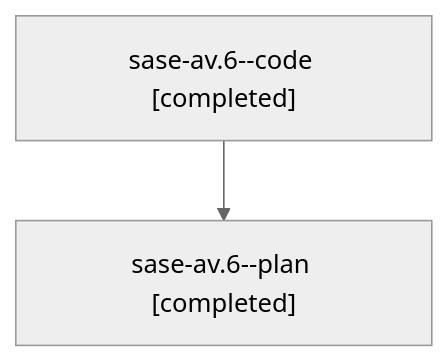
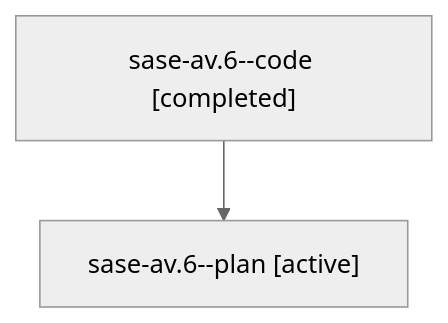
Before and after one commit to sase-org/sase--agents: the diagram in families/bbugyi200.athena.sase-av.6.md, drawn with Mermaid (neutral theme). The commit also changed other lines of this file and 5813 other files, not shown here.

````diff
--- a/families/bbugyi200.athena.sase-av.6.md
+++ b/families/bbugyi200.athena.sase-av.6.md
@@ -9,6 +9,6 @@
 ```mermaid
 flowchart TD
   n0["sase-av.6--code [completed]"]
-  n1["sase-av.6--plan [completed]"]
+  n1["sase-av.6--plan [active]"]
   n0 --> n1
 ```
````
